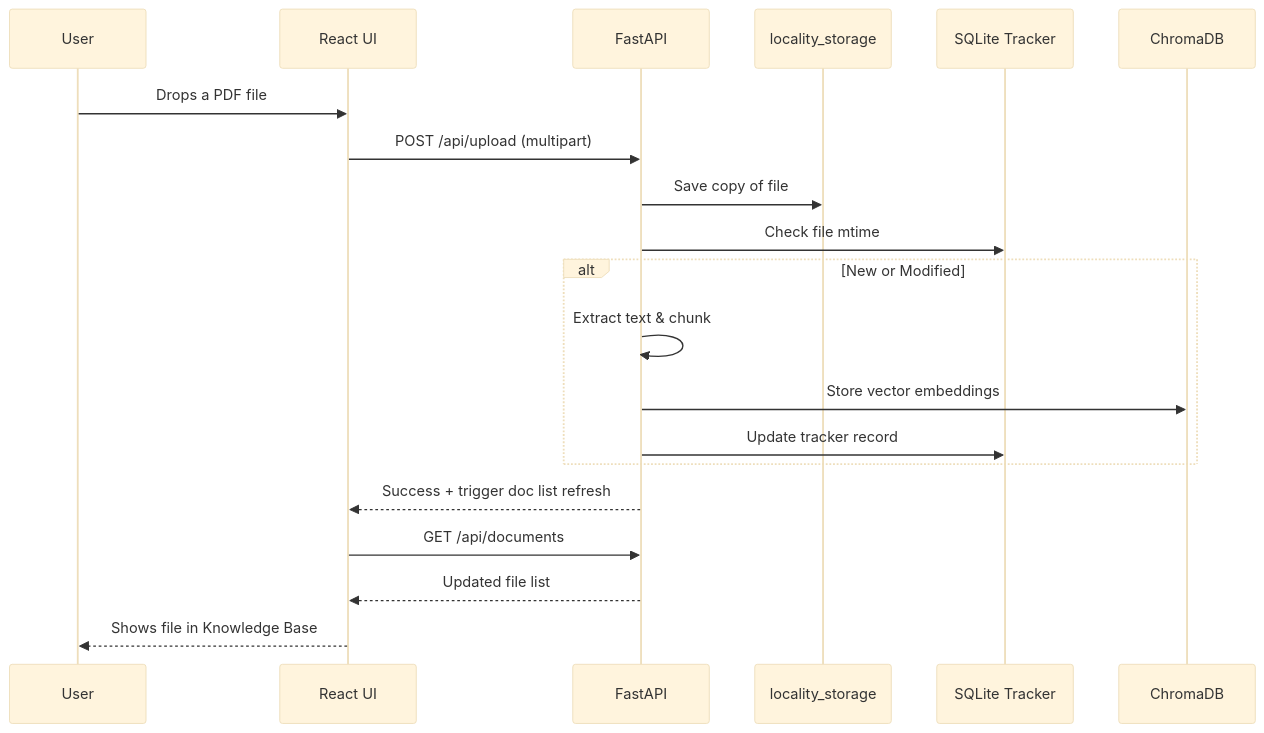
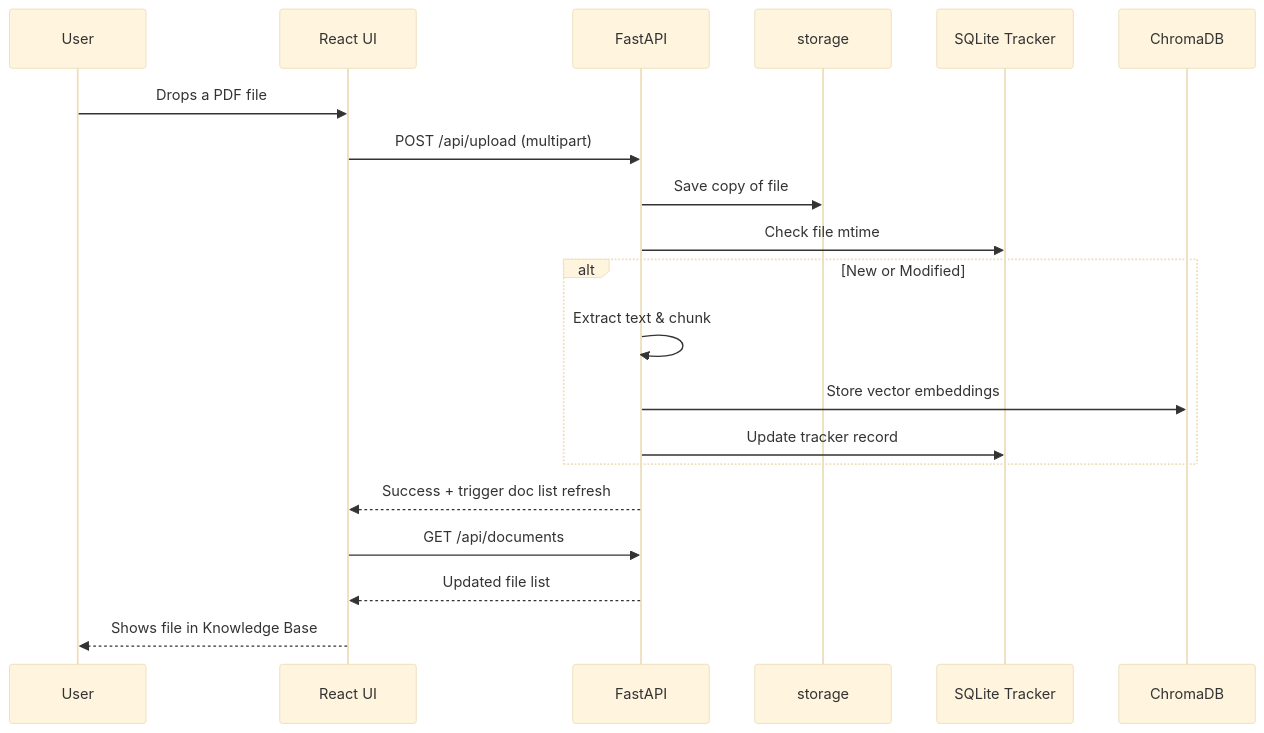
One commit to keshavjha018/Locality changed the third of 3 diagrams in README.md. Above: the diagram before and after it, drawn with Mermaid (base theme). The commit also changed other lines of this file and 6 other files, not shown here.

````diff
--- a/README.md
+++ b/README.md
@@ -82,23 +87,23 @@
 ```mermaid
 sequenceDiagram
     participant U as User
     participant FE as React UI
     participant BE as FastAPI
-    participant FS as locality_storage
+    participant FS as storage
     participant DB as SQLite Tracker
     participant V as ChromaDB
 
     U->>FE: Drops a PDF file
     FE->>BE: POST /api/upload (multipart)
     BE->>FS: Save copy of file
     BE->>DB: Check file mtime
     alt New or Modified
         BE->>BE: Extract text & chunk
         BE->>V: Store vector embeddings
         BE->>DB: Update tracker record
     end
     BE-->>FE: Success + trigger doc list refresh
     FE->>BE: GET /api/documents
     BE-->>FE: Updated file list
     FE-->>U: Shows file in Knowledge Base
 ```
````
